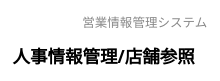
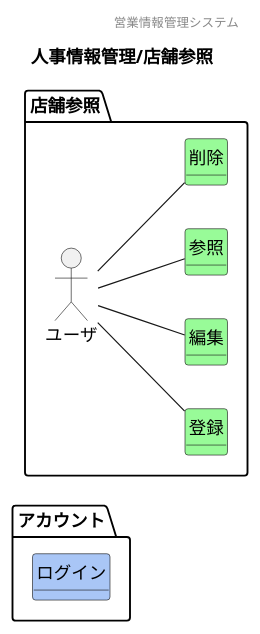
Before and after one commit to HaruShim/Sotuken: the diagram in 各種設計書/1ドメインモデル図/人事情報管理/F13店舗参照.plantuml, drawn with PlantUML. The commit also changed 13 other files, not shown here.

```diff
--- a/各種設計書/1ドメインモデル図/人事情報管理/F13店舗参照.plantuml
+++ b/各種設計書/1ドメインモデル図/人事情報管理/F13店舗参照.plantuml
@@ -1,15 +1,38 @@
 @startuml images/人事情報管理/店舗参照
 ' ヘッダー
 header 営業情報管理システム
 ' タイトル
 title 人事情報管理/店舗参照
 ' 
 hide circle
 ' 
 hide method
+left to right direction
 
+package "アカウント"{
+    class "ログイン" #A9C6F6
+}
 
+package "店舗参照" {
+    'ユーザや外部システム
+    mix_actor "ユーザ"
+    class "登録" #98fb98
+    class "編集" #98fb98
+    class "参照" #98fb98
+    class "削除" #98fb98
+    ' class "" #F5A9BC
+    ' class "" #ffd700
+
+    'モデル同士の関係
+    ユーザ -- 参照
+    ユーザ -- 登録
+    ユーザ -- 編集
+    ユーザ -- 削除
+
+    'ドメインクラスの属性
+
+}
 
 
 
 @enduml
```
